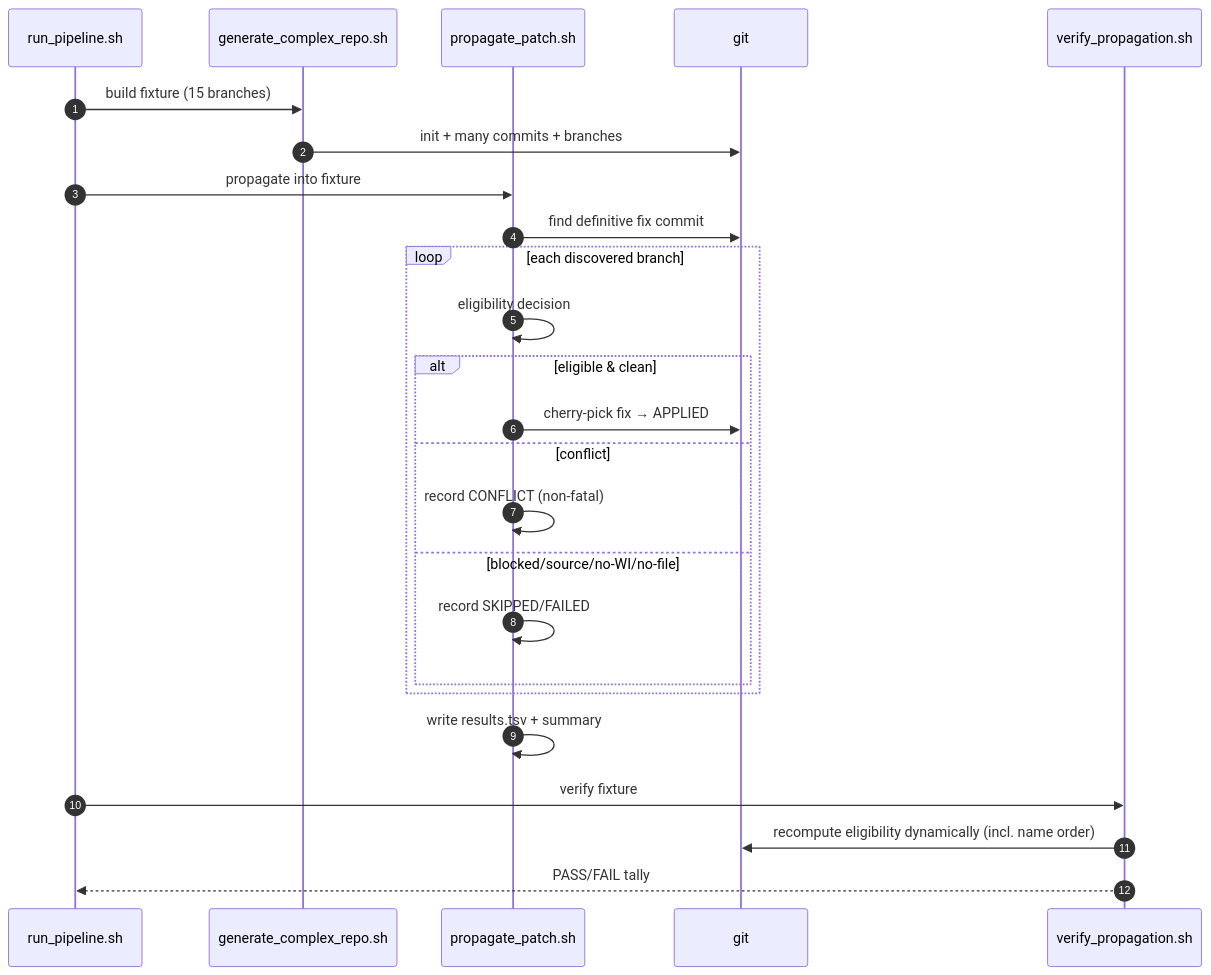
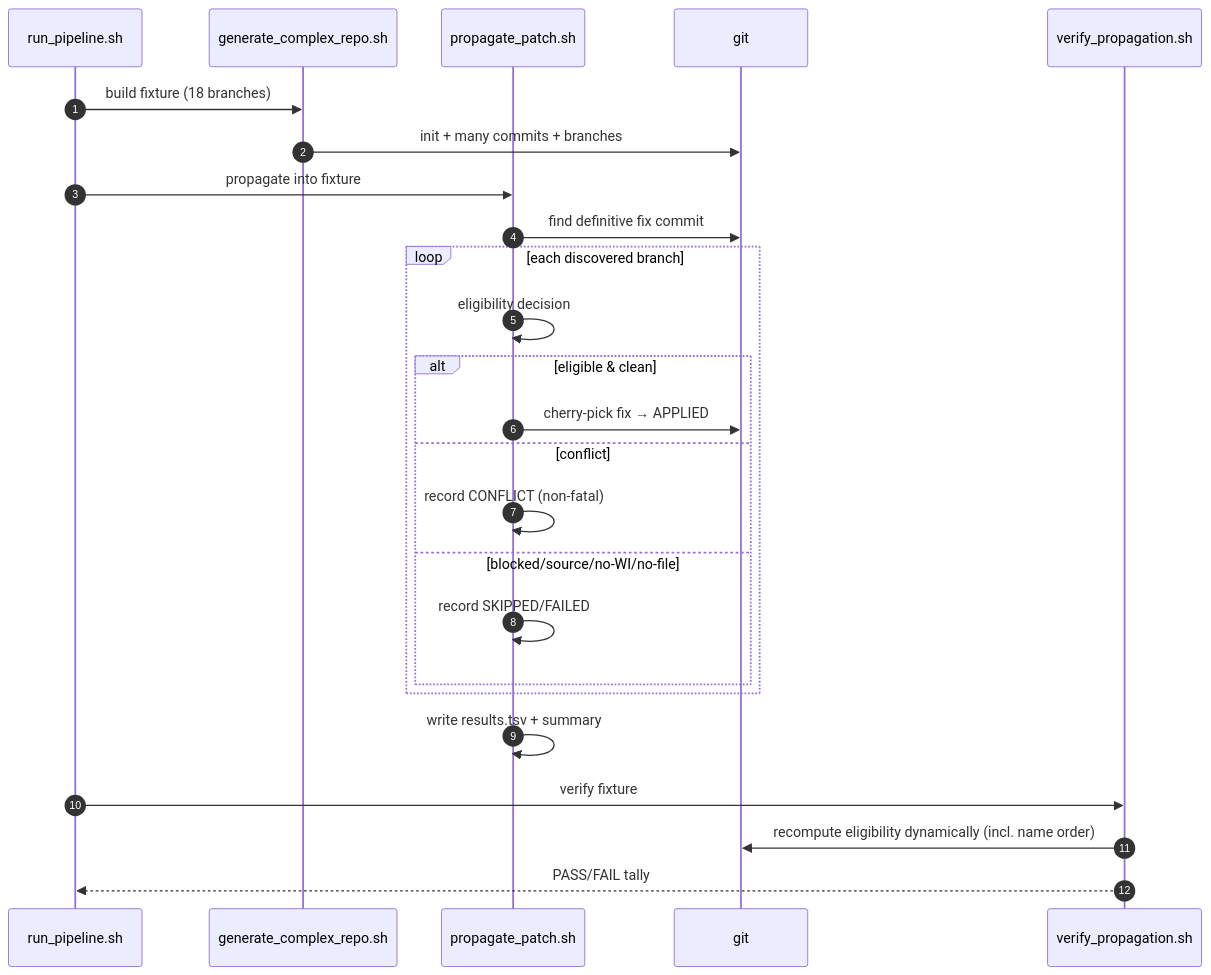
The eighth of 8 diagrams in ARCHITECTURE.md (MajedSaade/kla-complex-test-repo), drawn with Mermaid before and after one commit. The commit also changed other lines of this file and 5 other files, not shown here.

First line of the commit message:
Switch fixture branches to letter+number prefixes; open >=5 PRs

````diff
--- a/ARCHITECTURE.md
+++ b/ARCHITECTURE.md
@@ -426,28 +443,28 @@
 ```mermaid
 sequenceDiagram
     autonumber
     participant U as run_pipeline.sh
     participant Gen as generate_complex_repo.sh
     participant Prop as propagate_patch.sh
     participant Git as git
     participant Ver as verify_propagation.sh
 
-    U->>Gen: build fixture (15 branches)
+    U->>Gen: build fixture (18 branches)
     Gen->>Git: init + many commits + branches
     U->>Prop: propagate into fixture
     Prop->>Git: find definitive fix commit
     loop each discovered branch
         Prop->>Prop: eligibility decision
         alt eligible & clean
             Prop->>Git: cherry-pick fix → APPLIED
         else conflict
             Prop->>Prop: record CONFLICT (non-fatal)
         else blocked/source/no-WI/no-file
             Prop->>Prop: record SKIPPED/FAILED
         end
     end
     Prop->>Prop: write results.tsv + summary
     U->>Ver: verify fixture
     Ver->>Git: recompute eligibility dynamically (incl. name order)
     Ver-->>U: PASS/FAIL tally
 ```
````
